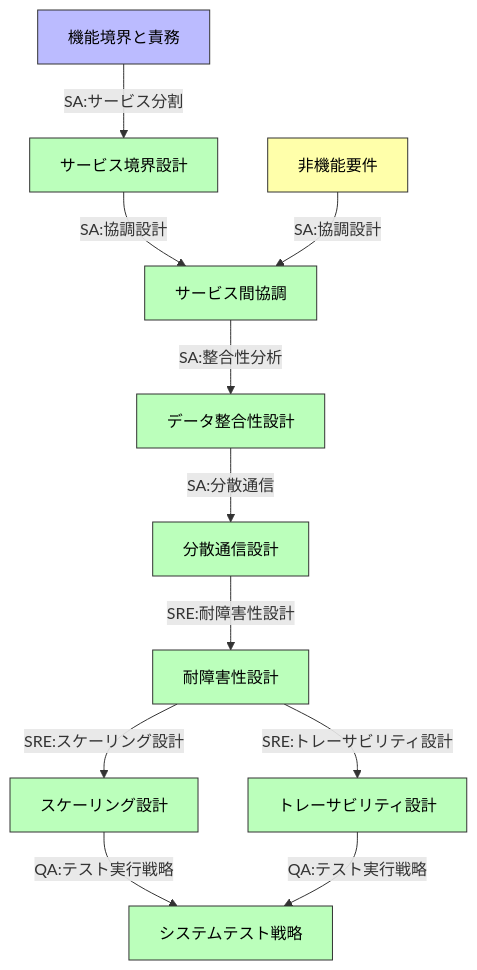
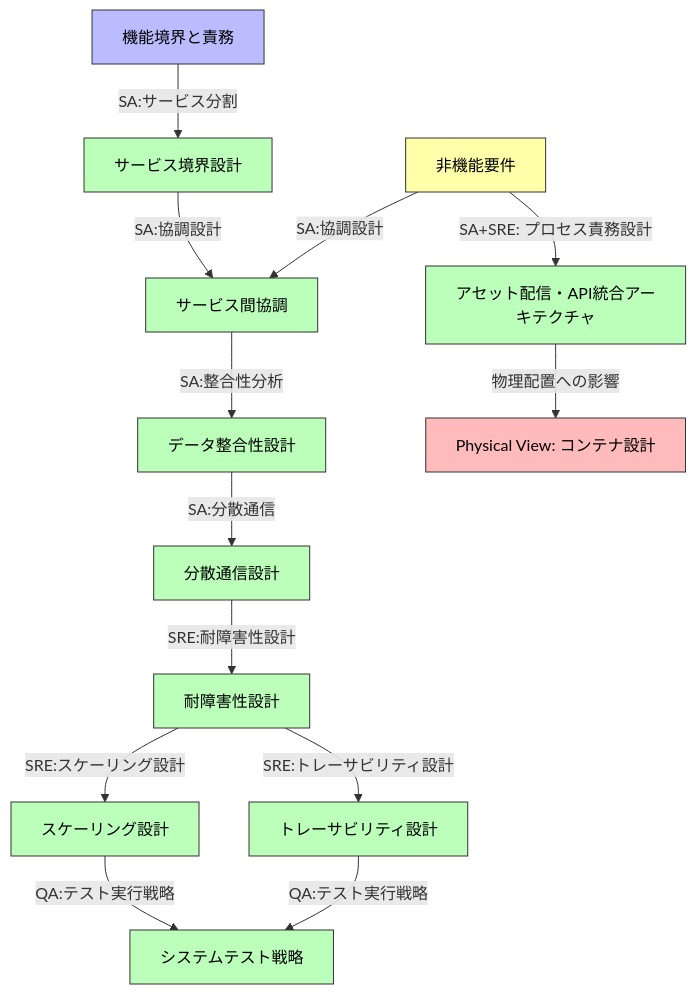
Before and after one commit to ikemo3/cogitoweave-doc: the sixth of 12 diagrams in docs/00-documents/kruchten-4plus1-view-analysis.md, drawn with Mermaid. The commit also changed other lines of this file and 241 other files, not shown here.

````diff
--- a/docs/00-documents/kruchten-4plus1-view-analysis.md
+++ b/docs/00-documents/kruchten-4plus1-view-analysis.md
@@ -258,29 +257,37 @@
 ```mermaid
 flowchart TB
 
     classDef processArtifact fill:#bfb,stroke:#333,stroke-width:1px,color:#000;
     classDef logicalInput fill:#bbf,stroke:#333,stroke-width:1px,color:#000;
     classDef constraintInput fill:#ffa,stroke:#333,stroke-width:1px,color:#000;
+    classDef physicalOutput fill:#fbb,stroke:#333,stroke-width:1px,color:#000;
 
     %% Inputs from other views
     BoundaryInput[機能境界と責務]
     NFRInput[非機能要件]
+
+    %% Asset/API integration architecture decision
+    NFRInput -->|"SA+SRE: プロセス責務設計"| AssetApiArch[アセット配信・API統合アーキテクチャ]
 
     %% Inter-service design flow
     BoundaryInput -->|"SA:サービス分割"| ServiceBoundary[サービス境界設計]
     ServiceBoundary -->|"SA:協調設計"| ServiceCoordination[サービス間協調]
     NFRInput -->|"SA:協調設計"| ServiceCoordination
     ServiceCoordination -->|"SA:整合性分析"| DataConsistency[データ整合性設計]
     DataConsistency -->|"SA:分散通信"| DistributedComm[分散通信設計]
     DistributedComm -->|"SRE:耐障害性設計"| FaultTolerance[耐障害性設計]
     FaultTolerance -->|"SRE:スケーリング設計"| Scaling[スケーリング設計]
     FaultTolerance -->|"SRE:トレーサビリティ設計"| Traceability[トレーサビリティ設計]
 
     Scaling -->|"QA:テスト実行戦略"| TestStrategy[システムテスト戦略]
     Traceability -->|"QA:テスト実行戦略"| TestStrategy
 
+    %% Influence on Physical View
+    AssetApiArch -->|"物理配置への影響"| PhysicalViewImpact[Physical View: コンテナ設計]
+
     %% スタイル適用
     class BoundaryInput logicalInput;
     class NFRInput constraintInput;
-    class ServiceBoundary,ServiceCoordination,DataConsistency,DistributedComm,FaultTolerance,Scaling,Traceability,TestStrategy processArtifact;
+    class ServiceBoundary,ServiceCoordination,DataConsistency,DistributedComm,FaultTolerance,Scaling,Traceability,TestStrategy,AssetApiArch processArtifact;
+    class PhysicalViewImpact physicalOutput;
 ```
````
